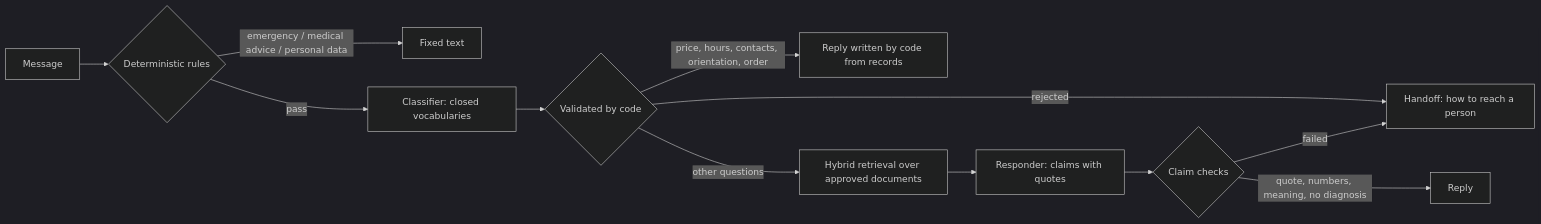
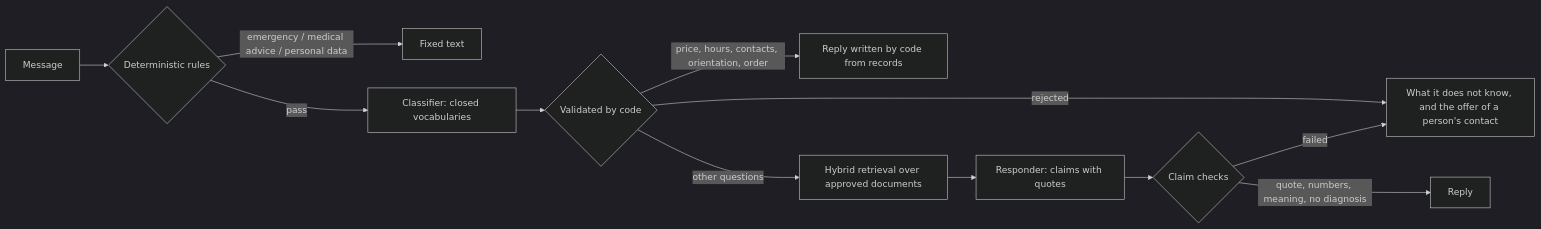
One commit to xbiba/frontdesk-agent changed the diagram in README.md. Above: the diagram before and after it, drawn with Mermaid (dark theme). The commit also changed other lines of this file and 26 other files, not shown here.

````diff
--- a/README.md
+++ b/README.md
@@ -23,14 +23,14 @@
 ```mermaid
 flowchart LR
     M[Message] --> R{Deterministic rules}
     R -->|emergency / medical advice / personal data| F[Fixed text]
     R -->|pass| C[Classifier: closed vocabularies]
     C --> V{Validated by code}
-    V -->|rejected| H[Handoff: how to reach a person]
+    V -->|rejected| H[What it does not know, and the offer of a person's contact]
     V -->|price, hours, contacts, orientation, order| P[Reply written by code from records]
     V -->|other questions| E[Hybrid retrieval over approved documents]
     E --> A[Responder: claims with quotes]
     A --> K{Claim checks}
     K -->|quote, numbers, meaning, no diagnosis| S[Reply]
     K -->|failed| H
 ```
````
